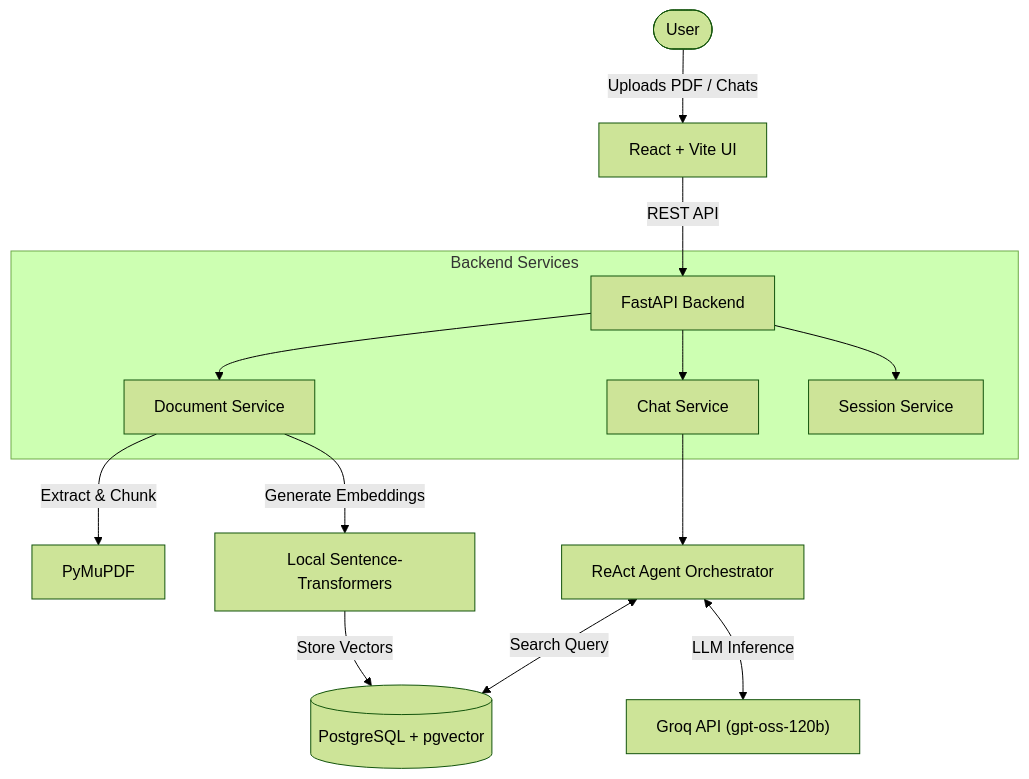
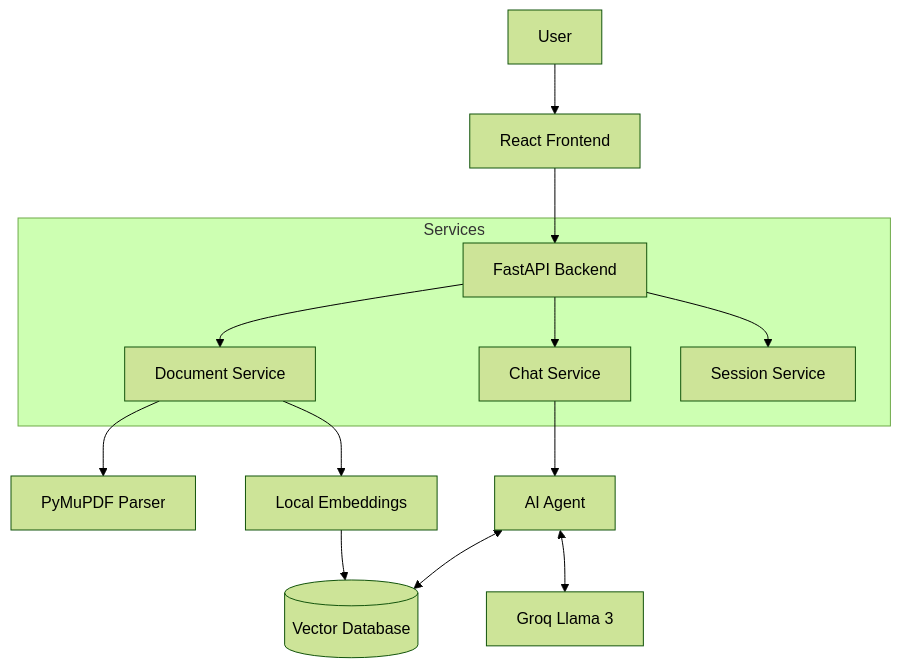
Before and after one commit to poomipoom/AI_Knowledge_Assistant: the diagram in README.md, drawn with Mermaid (forest theme).

Commit message:
docs: simplify mermaid graph

````diff
--- a/README.md
+++ b/README.md
@@ -34,19 +34,19 @@
 ```mermaid
 graph TD
-    User([User]) --> |Uploads PDF / Chats| UI["React + Vite UI"]
-    UI --> |REST API| API["FastAPI Backend"]
+    User --> UI[React Frontend]
+    UI --> API[FastAPI Backend]
     
-    subgraph "Backend Services"
-        API --> DocSvc["Document Service"]
-        API --> ChatSvc["Chat Service"]
-        API --> SessSvc["Session Service"]
+    subgraph Services
+        API --> Docs[Document Service]
+        API --> Chat[Chat Service]
+        API --> Sess[Session Service]
     end
     
-    DocSvc --> |Extract & Chunk| PyMuPDF
-    DocSvc --> |Generate Embeddings| ST["Local Sentence-Transformers"]
-    ST --> |Store Vectors| DB[("PostgreSQL + pgvector")]
+    Docs --> PyMuPDF[PyMuPDF Parser]
+    Docs --> Embed[Local Embeddings]
+    Embed --> DB[(Vector Database)]
     
-    ChatSvc --> Agent["ReAct Agent Orchestrator"]
-    Agent <--> |Search Query| DB
-    Agent <--> |LLM Inference| Groq["Groq API (gpt-oss-120b)"]
+    Chat --> Agent[AI Agent]
+    Agent <--> DB
+    Agent <--> LLM[Groq Llama 3]
 ```
````
